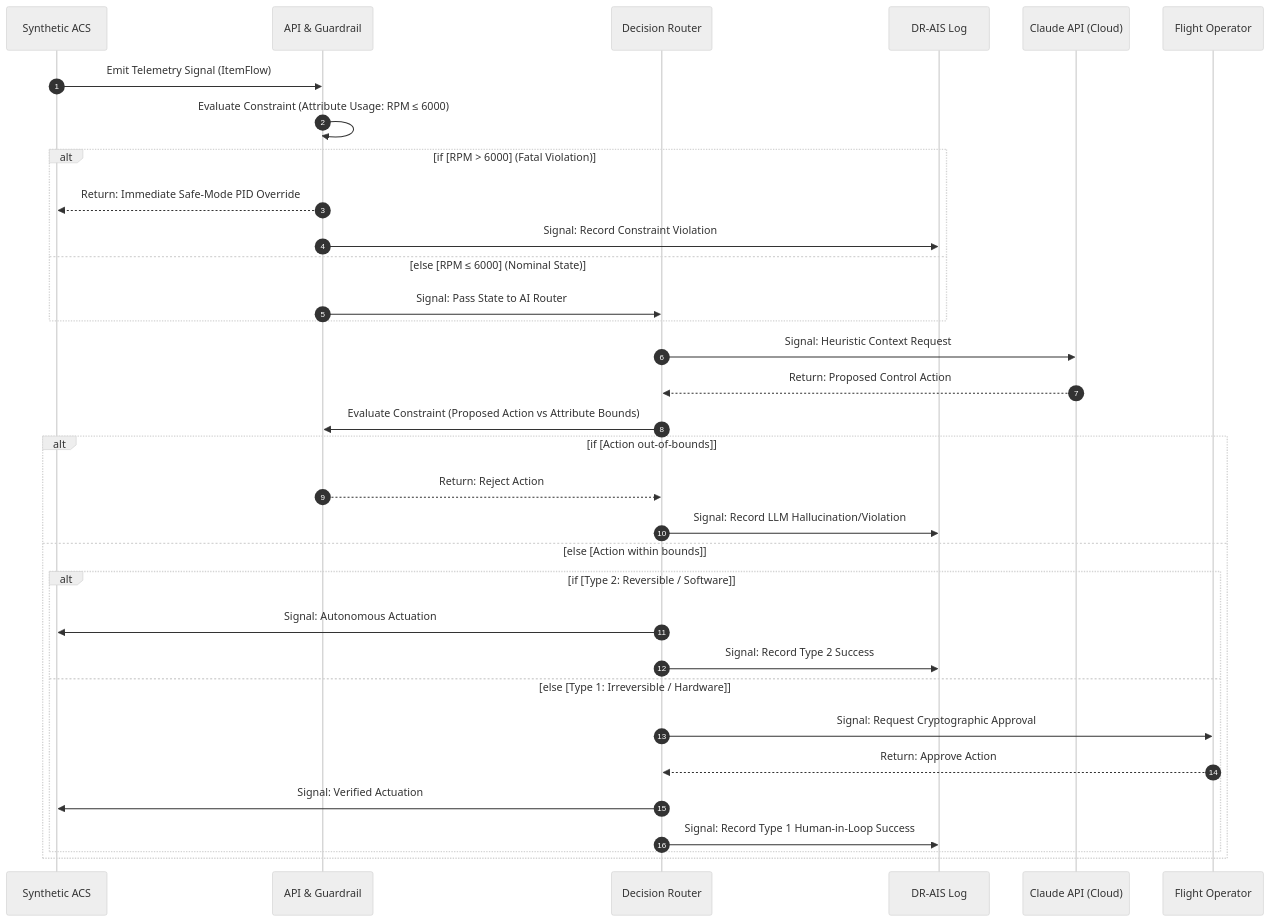
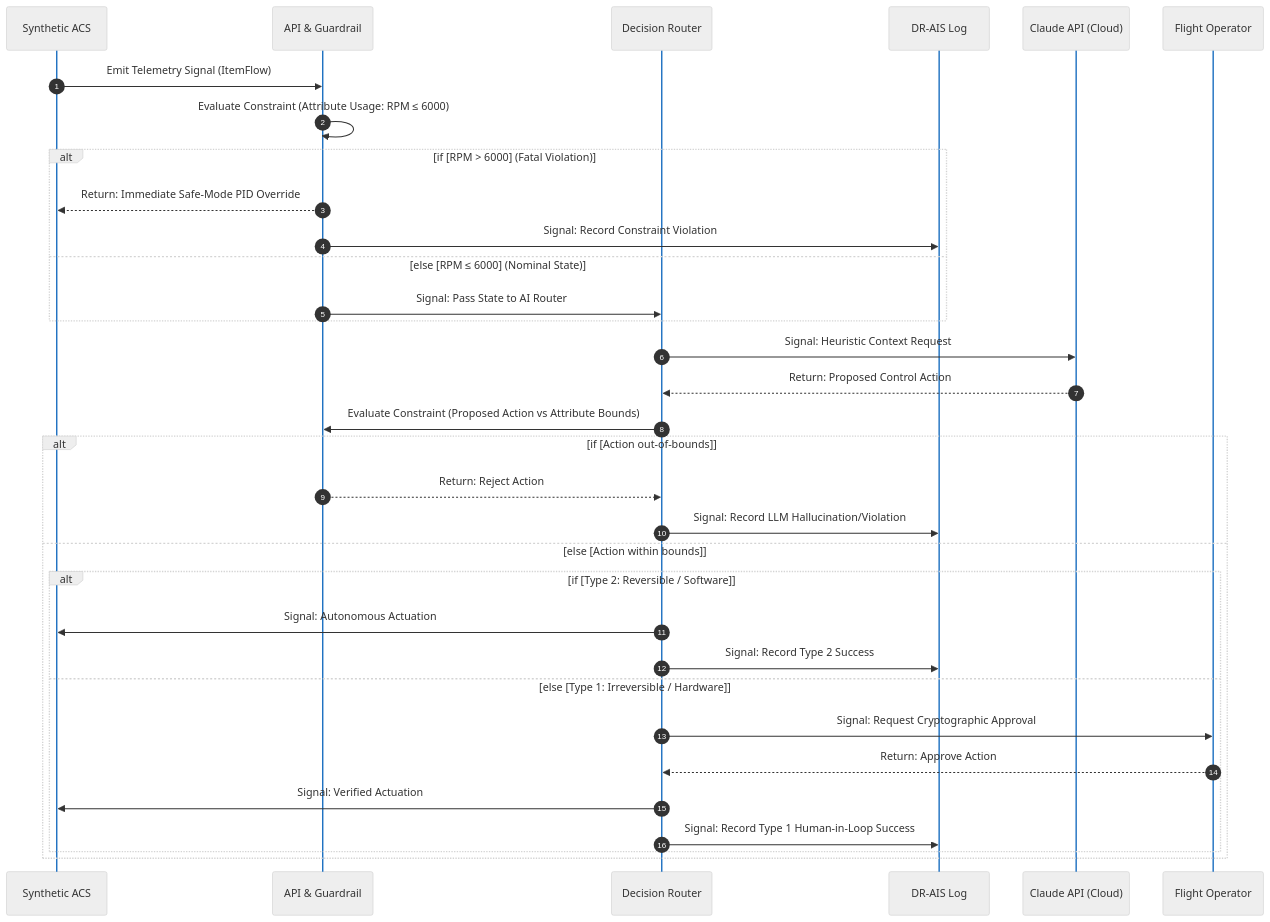
The third of 4 diagrams in ARCHITECTURE.md (camirian/safe-acs), drawn with Mermaid before and after one commit.

Commit message:
docs: set actorLineColor blue to contrast against grey alt block borders in sequence diagram

````diff
--- a/ARCHITECTURE.md
+++ b/ARCHITECTURE.md
@@ -87,42 +87,42 @@
 ```mermaid
-%%{init: {'theme': 'neutral', 'themeVariables': { 'altBackground': 'rgba(230, 230, 230, 0.4)', 'altBorder': '#1168bd'}}}%%
+%%{init: {'theme': 'neutral', 'themeVariables': { 'altBackground': 'rgba(220, 235, 255, 0.5)', 'actorLineColor': '#1168bd'}}}%%
 sequenceDiagram
     autonumber
     
     participant Sim as Synthetic ACS
     participant Edge as API & Guardrail
     participant Router as Decision Router
     participant Log as DR-AIS Log
     participant Claude as Claude API (Cloud)
     participant Human as Flight Operator
     
     Sim->>Edge: Emit Telemetry Signal (ItemFlow)
     Edge->>Edge: Evaluate Constraint (Attribute Usage: RPM ≤ 6000)
     
     alt if [RPM > 6000] (Fatal Violation)
         Edge-->>Sim: Return: Immediate Safe-Mode PID Override
         Edge->>Log: Signal: Record Constraint Violation
     else else [RPM ≤ 6000] (Nominal State)
         Edge->>Router: Signal: Pass State to AI Router
     end
     
     Router->>Claude: Signal: Heuristic Context Request
     Claude-->>Router: Return: Proposed Control Action
     
     Router->>Edge: Evaluate Constraint (Proposed Action vs Attribute Bounds)
     
     alt if [Action out-of-bounds]
         Edge-->>Router: Return: Reject Action
         Router->>Log: Signal: Record LLM Hallucination/Violation
     else else [Action within bounds]
         alt if [Type 2: Reversible / Software]
             Router->>Sim: Signal: Autonomous Actuation
             Router->>Log: Signal: Record Type 2 Success
         else else [Type 1: Irreversible / Hardware]
             Router->>Human: Signal: Request Cryptographic Approval
             Human-->>Router: Return: Approve Action
             Router->>Sim: Signal: Verified Actuation
             Router->>Log: Signal: Record Type 1 Human-in-Loop Success
         end
     end
 ```
````
